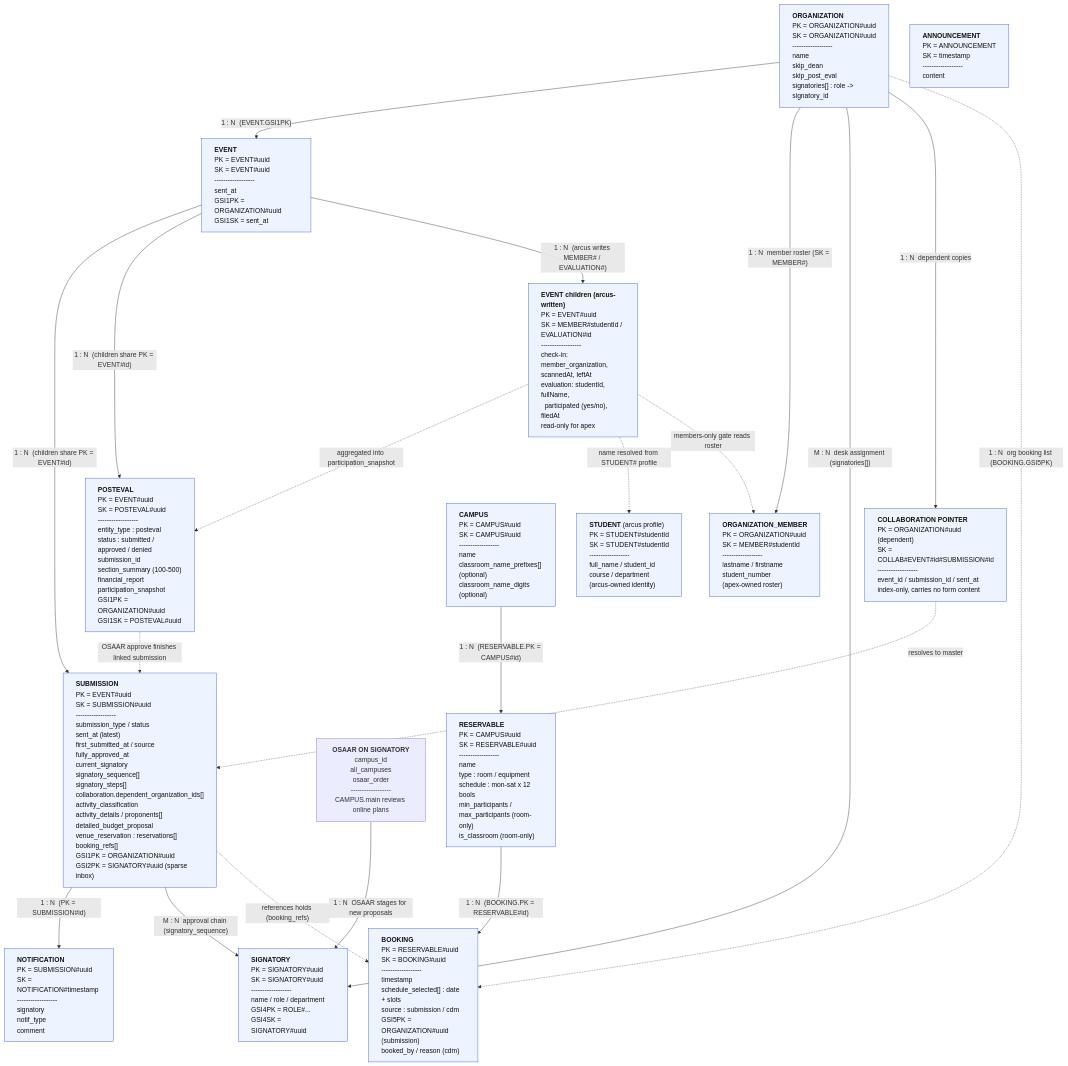
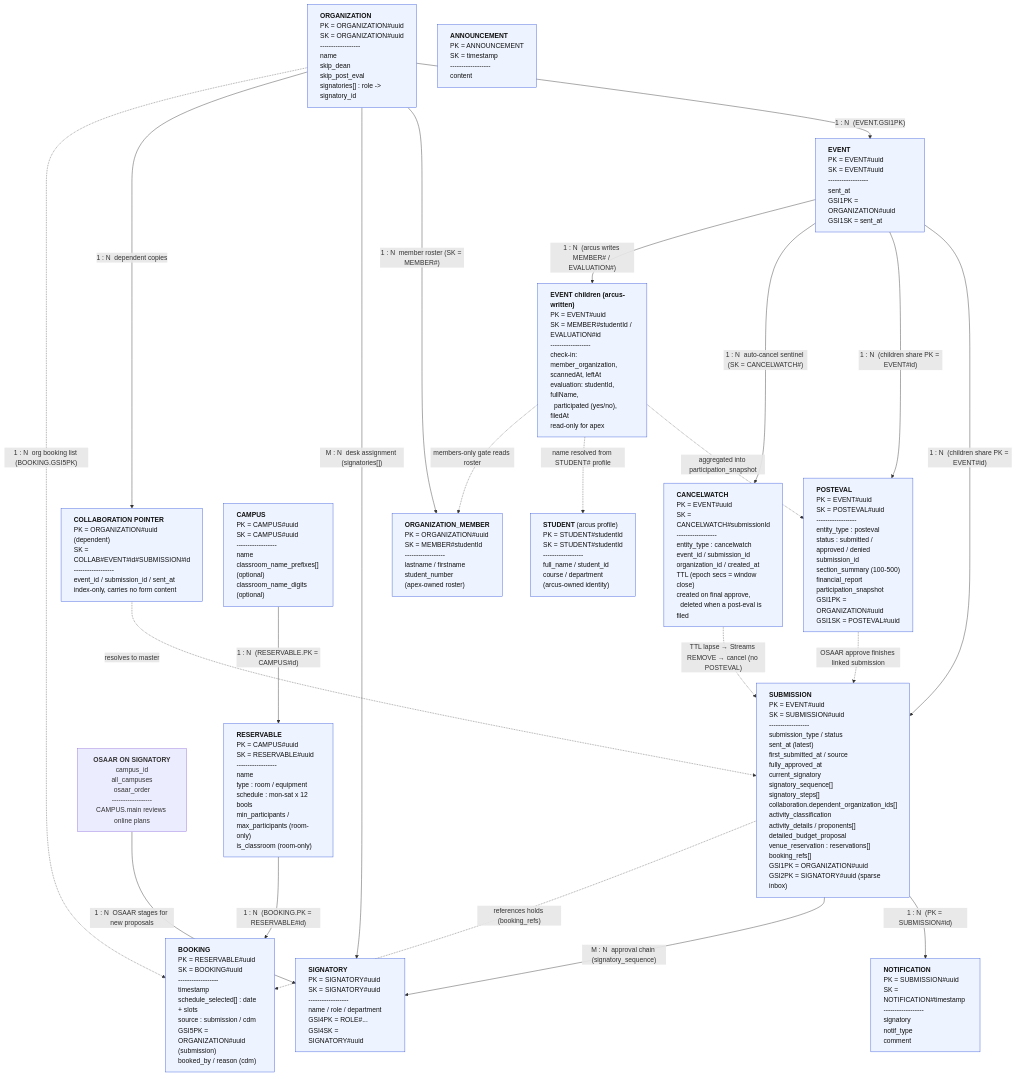
The diagram in docs/erd/erd.mmd (nomorepinto/mapua-apex), drawn with Mermaid before and after one commit. The commit also changed 46 other files, not shown here.

```diff
--- a/docs/erd/erd.mmd
+++ b/docs/erd/erd.mmd
@@ -1,59 +1,63 @@
 %% mapua-apex - Conceptual ERD (DynamoDB single-table design)
 %% Laid out top-down (graph TD) so the diagram renders vertically and fits
 %% an 8.5x11 portrait page without horizontal cut-off.
 %% Relationships are LOGICAL only: DynamoDB stores no foreign keys, IDs are
 %% copied onto items and resolved at write time.
 %% DEADLINE REMINDER is intentionally omitted (deprecated: orphaned read path,
 %% no producer). See "DynamoDB Schema.txt" -> Deprecated / removed objects.
 graph TD
     ORGANIZATION["<b>ORGANIZATION</b><br/>PK = ORGANIZATION#uuid<br/>SK = ORGANIZATION#uuid<br/>------------------<br/>name<br/>skip_dean<br/>skip_post_eval<br/>signatories[] : role -&gt; signatory_id"]
 
     ORG_MEMBER["<b>ORGANIZATION_MEMBER</b><br/>PK = ORGANIZATION#uuid<br/>SK = MEMBER#studentId<br/>------------------<br/>lastname / firstname<br/>student_number<br/>(apex-owned roster)"]
 
     EVENT["<b>EVENT</b><br/>PK = EVENT#uuid<br/>SK = EVENT#uuid<br/>------------------<br/>sent_at<br/>GSI1PK = ORGANIZATION#uuid<br/>GSI1SK = sent_at"]
 
     SUBMISSION["<b>SUBMISSION</b><br/>PK = EVENT#uuid<br/>SK = SUBMISSION#uuid<br/>------------------<br/>submission_type / status<br/>sent_at (latest)<br/>first_submitted_at / source<br/>fully_approved_at<br/>current_signatory<br/>signatory_sequence[]<br/>signatory_steps[]<br/>collaboration.dependent_organization_ids[]<br/>activity_classification<br/>activity_details / proponents[]<br/>detailed_budget_proposal<br/>venue_reservation : reservations[]<br/>booking_refs[]<br/>GSI1PK = ORGANIZATION#uuid<br/>GSI2PK = SIGNATORY#uuid (sparse inbox)"]
     SETTINGS["<b>OSAAR ON SIGNATORY</b><br/>campus_id<br/>all_campuses<br/>osaar_order<br/>------------------<br/>CAMPUS.main reviews online plans"]
 
     NOTIFICATION["<b>NOTIFICATION</b><br/>PK = SUBMISSION#uuid<br/>SK = NOTIFICATION#timestamp<br/>------------------<br/>signatory<br/>notif_type<br/>comment"]
 
     SIGNATORY["<b>SIGNATORY</b><br/>PK = SIGNATORY#uuid<br/>SK = SIGNATORY#uuid<br/>------------------<br/>name / role / department<br/>GSI4PK = ROLE#...<br/>GSI4SK = SIGNATORY#uuid"]
 
     COLLAB["<b>COLLABORATION POINTER</b><br/>PK = ORGANIZATION#uuid (dependent)<br/>SK = COLLAB#EVENT#id#SUBMISSION#id<br/>------------------<br/>event_id / submission_id / sent_at<br/>index-only, carries no form content"]
 
     ANNOUNCEMENT["<b>ANNOUNCEMENT</b><br/>PK = ANNOUNCEMENT<br/>SK = timestamp<br/>------------------<br/>content"]
 
     CAMPUS["<b>CAMPUS</b><br/>PK = CAMPUS#uuid<br/>SK = CAMPUS#uuid<br/>------------------<br/>name<br/>classroom_name_prefixes[] (optional)<br/>classroom_name_digits (optional)"]
 
     RESERVABLE["<b>RESERVABLE</b><br/>PK = CAMPUS#uuid<br/>SK = RESERVABLE#uuid<br/>------------------<br/>name<br/>type : room / equipment<br/>schedule : mon-sat x 12 bools<br/>min_participants / max_participants (room-only)<br/>is_classroom (room-only)"]
 
     BOOKING["<b>BOOKING</b><br/>PK = RESERVABLE#uuid<br/>SK = BOOKING#uuid<br/>------------------<br/>timestamp<br/>schedule_selected[] : date + slots<br/>source : submission / cdm<br/>GSI5PK = ORGANIZATION#uuid (submission)<br/>booked_by / reason (cdm)"]
 
     POSTEVAL["<b>POSTEVAL</b><br/>PK = EVENT#uuid<br/>SK = POSTEVAL#uuid<br/>------------------<br/>entity_type : posteval<br/>status : submitted / approved / denied<br/>submission_id<br/>section_summary (100-500)<br/>financial_report<br/>participation_snapshot<br/>GSI1PK = ORGANIZATION#uuid<br/>GSI1SK = POSTEVAL#uuid"]
 
+    CANCELWATCH["<b>CANCELWATCH</b><br/>PK = EVENT#uuid<br/>SK = CANCELWATCH#submissionId<br/>------------------<br/>entity_type : cancelwatch<br/>event_id / submission_id<br/>organization_id / created_at<br/>TTL (epoch secs = window close)<br/>created on final approve,<br/>&nbsp;&nbsp;deleted when a post-eval is filed"]
+
     ARCUS_CHILD["<b>EVENT children (arcus-written)</b><br/>PK = EVENT#uuid<br/>SK = MEMBER#studentId / EVALUATION#id<br/>------------------<br/>check-in: member_organization, scannedAt, leftAt<br/>evaluation: studentId, fullName,<br/>&nbsp;&nbsp;participated (yes/no), filedAt<br/>read-only for apex"]
 
     STUDENT["<b>STUDENT</b> (arcus profile)<br/>PK = STUDENT#studentId<br/>SK = STUDENT#studentId<br/>------------------<br/>full_name / student_id<br/>course / department<br/>(arcus-owned identity)"]
 
     ORGANIZATION -->|"1 : N &nbsp;(EVENT.GSI1PK)"| EVENT
     ORGANIZATION -->|"1 : N &nbsp;member roster (SK = MEMBER#)"| ORG_MEMBER
     EVENT -->|"1 : N &nbsp;(children share PK = EVENT#id)"| SUBMISSION
     SUBMISSION -->|"1 : N &nbsp;(PK = SUBMISSION#id)"| NOTIFICATION
     ORGANIZATION -->|"M : N &nbsp;desk assignment (signatories[])"| SIGNATORY
     SUBMISSION -->|"M : N &nbsp;approval chain (signatory_sequence)"| SIGNATORY
     SETTINGS -->|"1 : N &nbsp;OSAAR stages for new proposals"| SIGNATORY
     ORGANIZATION -->|"1 : N &nbsp;dependent copies"| COLLAB
     COLLAB -.->|"resolves to master"| SUBMISSION
     CAMPUS -->|"1 : N &nbsp;(RESERVABLE.PK = CAMPUS#id)"| RESERVABLE
     RESERVABLE -->|"1 : N &nbsp;(BOOKING.PK = RESERVABLE#id)"| BOOKING
     SUBMISSION -.->|"references holds (booking_refs)"| BOOKING
     ORGANIZATION -.->|"1 : N &nbsp;org booking list (BOOKING.GSI5PK)"| BOOKING
     EVENT -->|"1 : N &nbsp;(children share PK = EVENT#id)"| POSTEVAL
+    EVENT -->|"1 : N &nbsp;auto-cancel sentinel (SK = CANCELWATCH#)"| CANCELWATCH
+    CANCELWATCH -.->|"TTL lapse &rarr; Streams REMOVE &rarr; cancel (no POSTEVAL)"| SUBMISSION
     EVENT -->|"1 : N &nbsp;(arcus writes MEMBER# / EVALUATION#)"| ARCUS_CHILD
     POSTEVAL -.->|"OSAAR approve finishes linked submission"| SUBMISSION
     ARCUS_CHILD -.->|"aggregated into participation_snapshot"| POSTEVAL
     ARCUS_CHILD -.->|"name resolved from STUDENT# profile"| STUDENT
     ARCUS_CHILD -.->|"members-only gate reads roster"| ORG_MEMBER
 
     classDef entity fill:#eef4ff,stroke:#3b5bdb,stroke-width:1px,color:#111111,text-align:left;
-    class ORGANIZATION,ORG_MEMBER,EVENT,SUBMISSION,NOTIFICATION,SIGNATORY,COLLAB,ANNOUNCEMENT,CAMPUS,RESERVABLE,BOOKING,POSTEVAL,ARCUS_CHILD,STUDENT entity;
+    class ORGANIZATION,ORG_MEMBER,EVENT,SUBMISSION,NOTIFICATION,SIGNATORY,COLLAB,ANNOUNCEMENT,CAMPUS,RESERVABLE,BOOKING,POSTEVAL,CANCELWATCH,ARCUS_CHILD,STUDENT entity;
```
